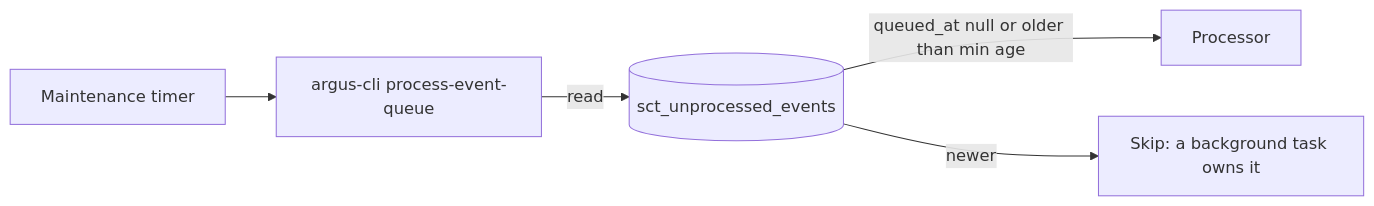
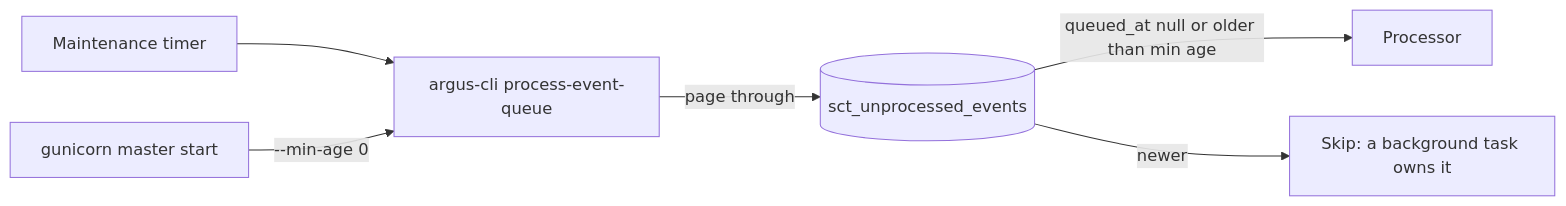
One commit to scylladb/argus changed the second of 2 diagrams in tasks/ARGUS-257/spec.md. Above: the diagram before and after it, drawn with Mermaid. The commit also changed other lines of this file and 18 other files, not shown here.

First line of the commit message:
fix(sct-events): recover every stored event and start without downloads

````diff
--- a/tasks/ARGUS-257/spec.md
+++ b/tasks/ARGUS-257/spec.md
@@ -77,7 +81,8 @@
 ```mermaid
 flowchart LR
     T[Maintenance timer] --> S[argus-cli process-event-queue]
-    S -->|read| Q[(sct_unprocessed_events)]
+    G[gunicorn master start] -->|--min-age 0| S
+    S -->|page through| Q[(sct_unprocessed_events)]
     Q -->|queued_at null or older than min age| P[Processor]
     Q -->|newer| K[Skip: a background task owns it]
 ```
````
